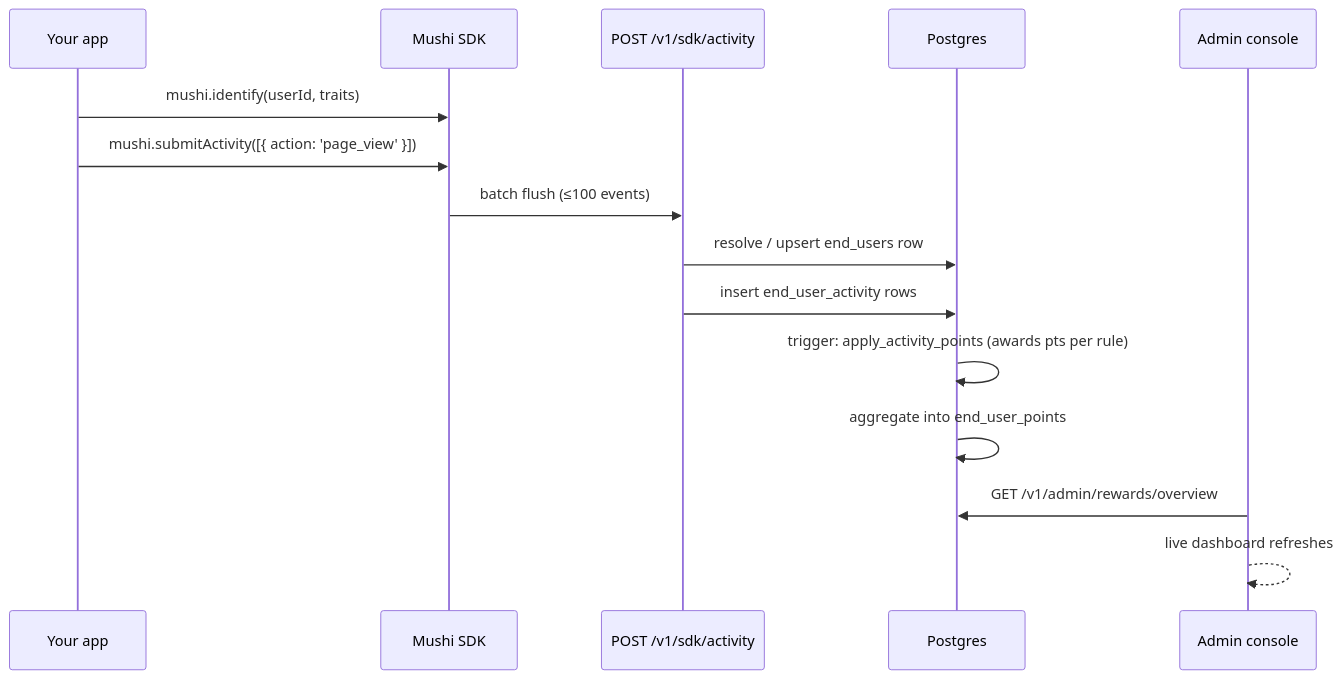
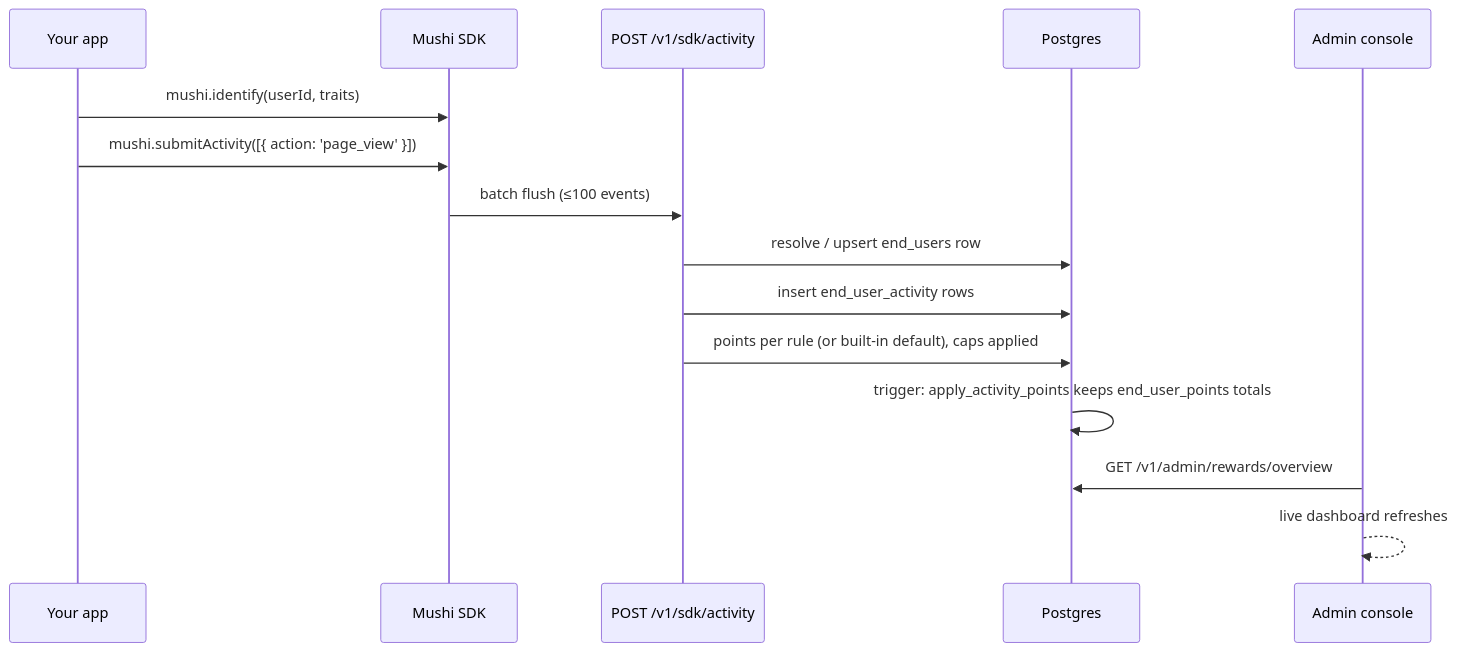
One commit to kensaurus/mushi-mushi changed the diagram in apps/docs/content/admin/rewards.mdx. Above: the diagram before and after it, drawn with Mermaid. The commit also changed other lines of this file and 510 other files, not shown here.

````diff
--- a/apps/docs/content/admin/rewards.mdx
+++ b/apps/docs/content/admin/rewards.mdx
@@ -26,18 +33,18 @@
 ```mermaid
 sequenceDiagram
   participant App as Your app
   participant SDK as Mushi SDK
   participant API as POST /v1/sdk/activity
   participant DB as Postgres
   participant Admin as Admin console
 
   App->>SDK: mushi.identify(userId, traits)
   App->>SDK: mushi.submitActivity([{ action: 'page_view' }])
   SDK->>API: batch flush (≤100 events)
   API->>DB: resolve / upsert end_users row
   API->>DB: insert end_user_activity rows
-  DB->>DB: trigger: apply_activity_points (awards pts per rule)
-  DB->>DB: aggregate into end_user_points
+  API->>DB: points per rule (or built-in default), caps applied
+  DB->>DB: trigger: apply_activity_points keeps end_user_points totals
   Admin->>DB: GET /v1/admin/rewards/overview
   Admin-->>Admin: live dashboard refreshes
 ```
````
